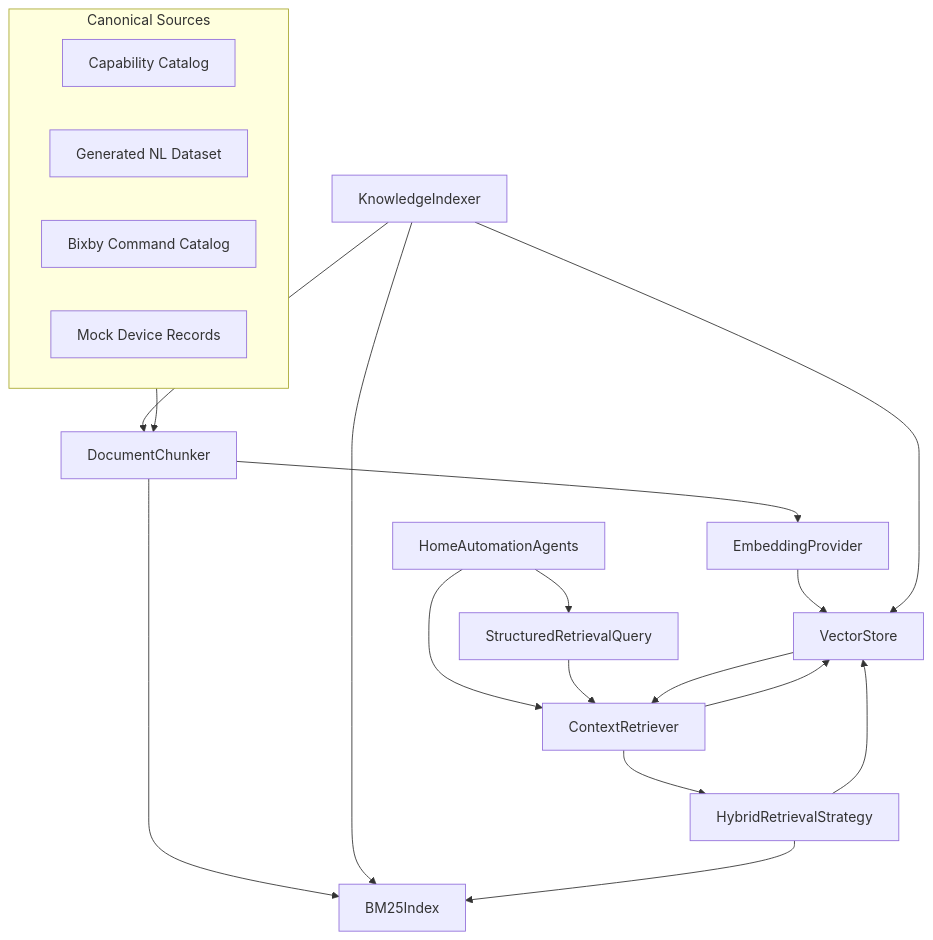
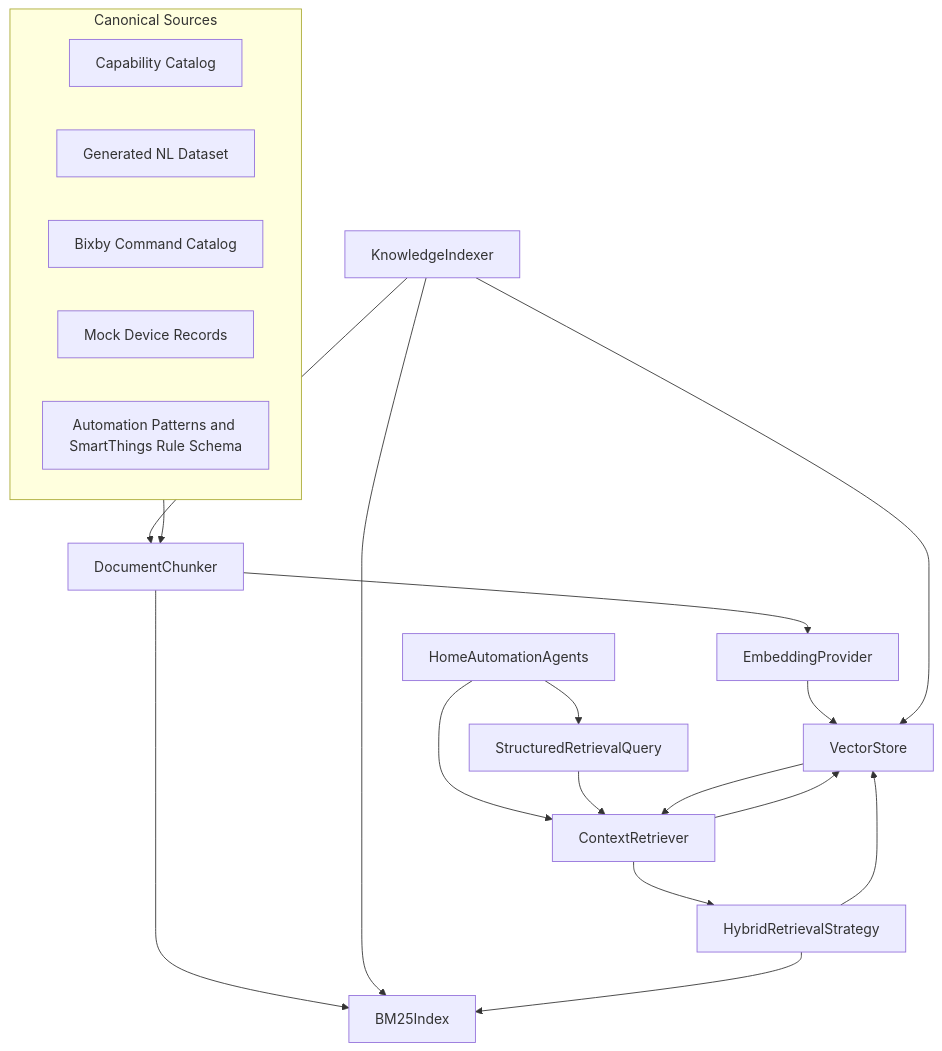
Before and after one commit to ksypinro/HomeAutomation: the first of 3 diagrams in HomeAutomationCore/Sources/HomeAutomationRAG/README.md, drawn with Mermaid. The commit also changed other lines of this file and 10 other files, not shown here.

````diff
--- a/HomeAutomationCore/Sources/HomeAutomationRAG/README.md
+++ b/HomeAutomationCore/Sources/HomeAutomationRAG/README.md
@@ -9,35 +9,36 @@
 ```mermaid
 flowchart TB
     subgraph Sources["Canonical Sources"]
         Capabilities["Capability Catalog"]
         Dataset["Generated NL Dataset"]
         Bixby["Bixby Command Catalog"]
         Devices["Mock Device Records"]
+        Automation["Automation Patterns and SmartThings Rule Schema"]
     end
 
     Chunker["DocumentChunker"]
     Embedder["EmbeddingProvider"]
     Store["VectorStore"]
     BM25["BM25Index"]
     Hybrid["HybridRetrievalStrategy"]
     Structured["StructuredRetrievalQuery"]
     Indexer["KnowledgeIndexer"]
     Retriever["ContextRetriever"]
     Agents["HomeAutomationAgents"]
 
     Sources --> Chunker
     Chunker --> Embedder
     Embedder --> Store
     Chunker --> BM25
     Indexer --> Chunker
     Indexer --> Store
     Indexer --> BM25
     Agents --> Retriever
     Agents --> Structured
     Structured --> Retriever
     Retriever --> Store
     Retriever --> Hybrid
     Hybrid --> Store
     Hybrid --> BM25
     Store --> Retriever
 ```
````
